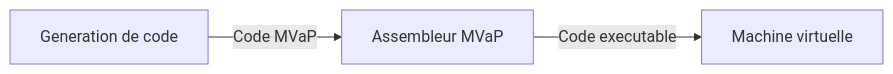
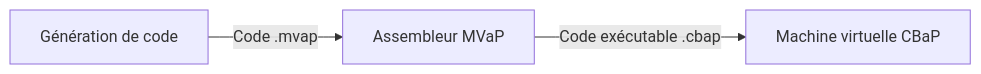
Before and after one commit to RonanFreezy/L3: the eighth of 8 diagrams in L3/S5/Compilation/Cm.md, drawn with Mermaid. The commit also changed other lines of this file, not shown here.

````diff
--- a/L3/S5/Compilation/Cm.md
+++ b/L3/S5/Compilation/Cm.md
@@ -688,6 +446,5 @@
 ```mermaid
 graph LR
-
-a["Generation de code"] -->|Code MVaP| b["Assembleur MVaP"]
-b-->|Code executable| c["Machine virtuelle"]
+    a["Génération de code"] -->|Code .mvap| b["Assembleur MVaP"]
+    b -->|Code exécutable .cbap| c["Machine virtuelle CBaP"]
 ```
````
